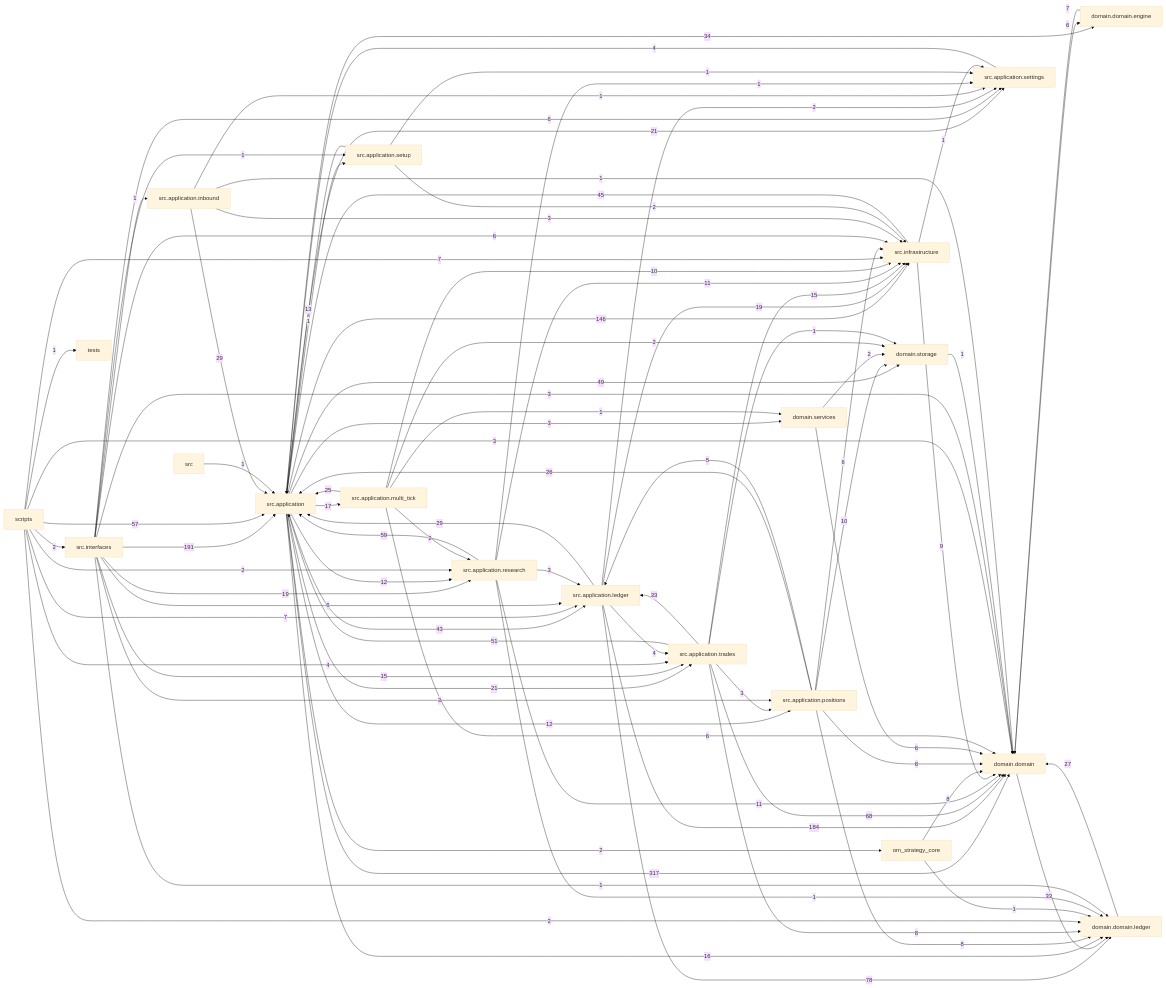
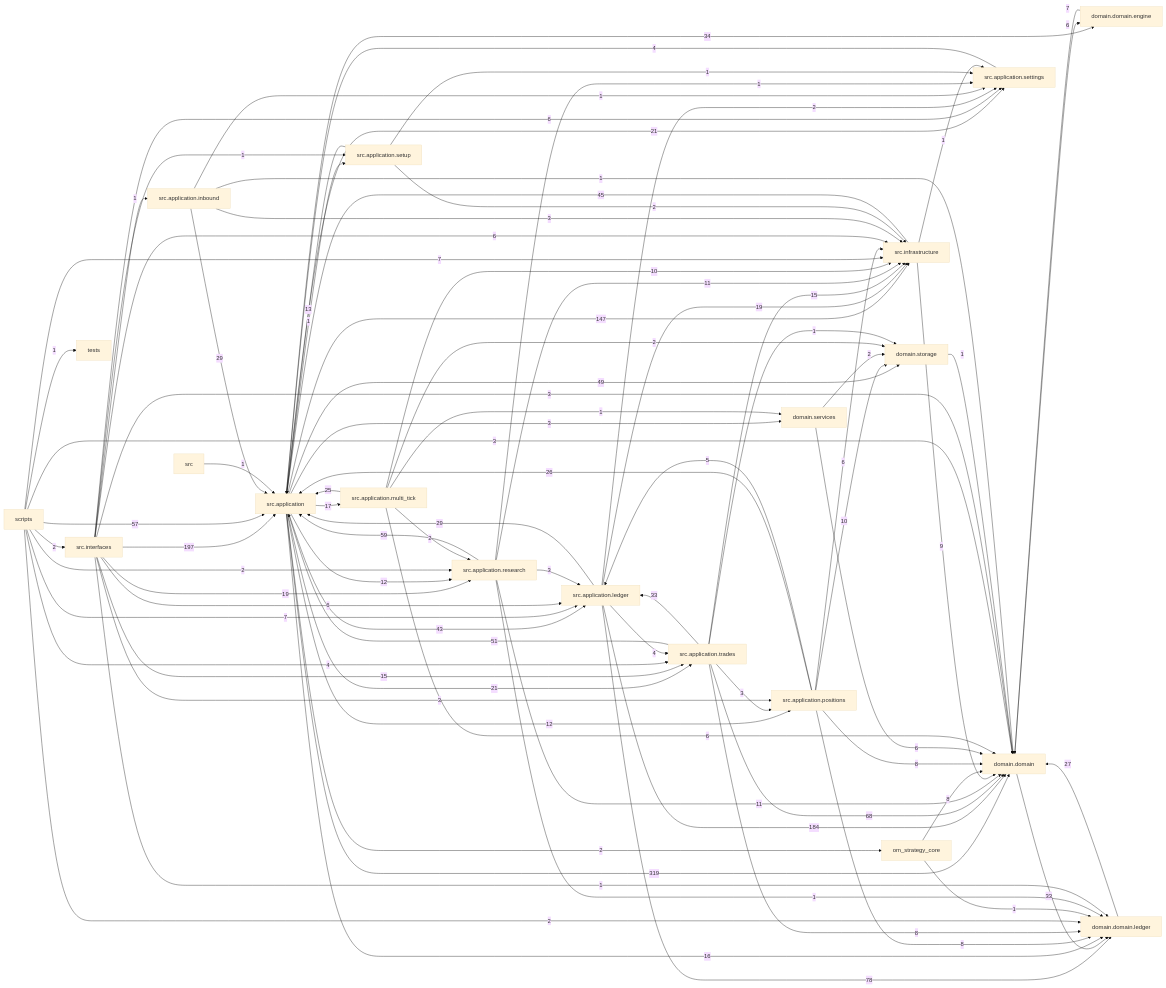
Before and after one commit to liuxie066/options-monitor: the diagram in docs/dependency_graph.mmd, drawn with Mermaid (base theme). The commit also changed 21 other files, not shown here.

```diff
--- a/docs/dependency_graph.mmd
+++ b/docs/dependency_graph.mmd
@@ -1,87 +1,87 @@
 flowchart LR
-  src_application["src.application"] -->|317| domain_domain["domain.domain"]
-  src_interfaces["src.interfaces"] -->|191| src_application["src.application"]
+  src_application["src.application"] -->|319| domain_domain["domain.domain"]
+  src_interfaces["src.interfaces"] -->|197| src_application["src.application"]
   src_application_ledger["src.application.ledger"] -->|184| domain_domain["domain.domain"]
-  src_application["src.application"] -->|146| src_infrastructure["src.infrastructure"]
+  src_application["src.application"] -->|147| src_infrastructure["src.infrastructure"]
   src_application_ledger["src.application.ledger"] -->|78| domain_domain_ledger["domain.domain.ledger"]
   src_application_trades["src.application.trades"] -->|68| domain_domain["domain.domain"]
   src_application_research["src.application.research"] -->|59| src_application["src.application"]
   scripts["scripts"] -->|57| src_application["src.application"]
   src_application_trades["src.application.trades"] -->|51| src_application["src.application"]
   src_application["src.application"] -->|49| domain_storage["domain.storage"]
   src_infrastructure["src.infrastructure"] -->|45| src_application["src.application"]
   src_application["src.application"] -->|43| src_application_ledger["src.application.ledger"]
   src_application["src.application"] -->|34| domain_domain_engine["domain.domain.engine"]
   domain_domain["domain.domain"] -->|33| domain_domain_ledger["domain.domain.ledger"]
   src_application_trades["src.application.trades"] -->|33| src_application_ledger["src.application.ledger"]
   src_application_inbound["src.application.inbound"] -->|29| src_application["src.application"]
   src_application_ledger["src.application.ledger"] -->|29| src_application["src.application"]
   domain_domain_ledger["domain.domain.ledger"] -->|27| domain_domain["domain.domain"]
   src_application_positions["src.application.positions"] -->|26| src_application["src.application"]
   src_application_multi_tick["src.application.multi_tick"] -->|25| src_application["src.application"]
   src_application["src.application"] -->|21| src_application_settings["src.application.settings"]
   src_application["src.application"] -->|21| src_application_trades["src.application.trades"]
   src_application_ledger["src.application.ledger"] -->|19| src_infrastructure["src.infrastructure"]
   src_interfaces["src.interfaces"] -->|19| src_application_research["src.application.research"]
   src_application["src.application"] -->|17| src_application_multi_tick["src.application.multi_tick"]
   src_application["src.application"] -->|16| domain_domain_ledger["domain.domain.ledger"]
   src_application_trades["src.application.trades"] -->|15| src_infrastructure["src.infrastructure"]
   src_interfaces["src.interfaces"] -->|15| src_application_trades["src.application.trades"]
   src_application_setup["src.application.setup"] -->|13| src_application["src.application"]
   src_application["src.application"] -->|12| src_application_positions["src.application.positions"]
   src_application["src.application"] -->|12| src_application_research["src.application.research"]
   src_application_research["src.application.research"] -->|11| domain_domain["domain.domain"]
   src_application_research["src.application.research"] -->|11| src_infrastructure["src.infrastructure"]
   src_application_multi_tick["src.application.multi_tick"] -->|10| src_infrastructure["src.infrastructure"]
   src_application_positions["src.application.positions"] -->|10| domain_storage["domain.storage"]
   src_infrastructure["src.infrastructure"] -->|9| domain_domain["domain.domain"]
   om_strategy_core["om_strategy_core"] -->|8| domain_domain["domain.domain"]
   src_application_positions["src.application.positions"] -->|8| domain_domain["domain.domain"]
   src_application_positions["src.application.positions"] -->|8| domain_domain_ledger["domain.domain.ledger"]
   src_application_trades["src.application.trades"] -->|8| domain_domain_ledger["domain.domain.ledger"]
   domain_domain_engine["domain.domain.engine"] -->|7| domain_domain["domain.domain"]
   scripts["scripts"] -->|7| src_application_ledger["src.application.ledger"]
   scripts["scripts"] -->|7| src_infrastructure["src.infrastructure"]
   domain_domain["domain.domain"] -->|6| domain_domain_engine["domain.domain.engine"]
   domain_services["domain.services"] -->|6| domain_domain["domain.domain"]
   src_application_multi_tick["src.application.multi_tick"] -->|6| domain_domain["domain.domain"]
   src_application_positions["src.application.positions"] -->|6| src_infrastructure["src.infrastructure"]
   src_interfaces["src.interfaces"] -->|6| src_application_ledger["src.application.ledger"]
   src_interfaces["src.interfaces"] -->|6| src_application_settings["src.application.settings"]
   src_interfaces["src.interfaces"] -->|6| src_infrastructure["src.infrastructure"]
   src_application_positions["src.application.positions"] -->|5| src_application_ledger["src.application.ledger"]
   scripts["scripts"] -->|4| src_application_trades["src.application.trades"]
   src_application_ledger["src.application.ledger"] -->|4| src_application_trades["src.application.trades"]
   src_application_settings["src.application.settings"] -->|4| src_application["src.application"]
   scripts["scripts"] -->|3| domain_domain["domain.domain"]
   src_application["src.application"] -->|3| domain_services["domain.services"]
   src_application_inbound["src.application.inbound"] -->|3| src_infrastructure["src.infrastructure"]
   src_application_research["src.application.research"] -->|3| src_application_ledger["src.application.ledger"]
   src_application_trades["src.application.trades"] -->|3| src_application_positions["src.application.positions"]
   src_interfaces["src.interfaces"] -->|3| domain_domain["domain.domain"]
   src_interfaces["src.interfaces"] -->|3| src_application_positions["src.application.positions"]
   domain_services["domain.services"] -->|2| domain_storage["domain.storage"]
   scripts["scripts"] -->|2| domain_domain_ledger["domain.domain.ledger"]
   scripts["scripts"] -->|2| src_application_research["src.application.research"]
   scripts["scripts"] -->|2| src_interfaces["src.interfaces"]
   src_application["src.application"] -->|2| om_strategy_core["om_strategy_core"]
   src_application_ledger["src.application.ledger"] -->|2| src_application_settings["src.application.settings"]
   src_application_multi_tick["src.application.multi_tick"] -->|2| domain_storage["domain.storage"]
   src_application_multi_tick["src.application.multi_tick"] -->|2| src_application_research["src.application.research"]
   src_application_setup["src.application.setup"] -->|2| src_infrastructure["src.infrastructure"]
   domain_storage["domain.storage"] -->|1| domain_domain["domain.domain"]
   om_strategy_core["om_strategy_core"] -->|1| domain_domain_ledger["domain.domain.ledger"]
   scripts["scripts"] -->|1| tests["tests"]
   src["src"] -->|1| src_application["src.application"]
   src_application["src.application"] -->|1| src_application_setup["src.application.setup"]
   src_application_inbound["src.application.inbound"] -->|1| domain_domain["domain.domain"]
   src_application_inbound["src.application.inbound"] -->|1| src_application_settings["src.application.settings"]
   src_application_multi_tick["src.application.multi_tick"] -->|1| domain_services["domain.services"]
   src_application_research["src.application.research"] -->|1| domain_domain_ledger["domain.domain.ledger"]
   src_application_research["src.application.research"] -->|1| src_application_settings["src.application.settings"]
   src_application_setup["src.application.setup"] -->|1| src_application_settings["src.application.settings"]
   src_application_trades["src.application.trades"] -->|1| domain_storage["domain.storage"]
   src_infrastructure["src.infrastructure"] -->|1| src_application_settings["src.application.settings"]
   src_interfaces["src.interfaces"] -->|1| domain_domain_ledger["domain.domain.ledger"]
   src_interfaces["src.interfaces"] -->|1| src_application_inbound["src.application.inbound"]
   src_interfaces["src.interfaces"] -->|1| src_application_setup["src.application.setup"]
```
